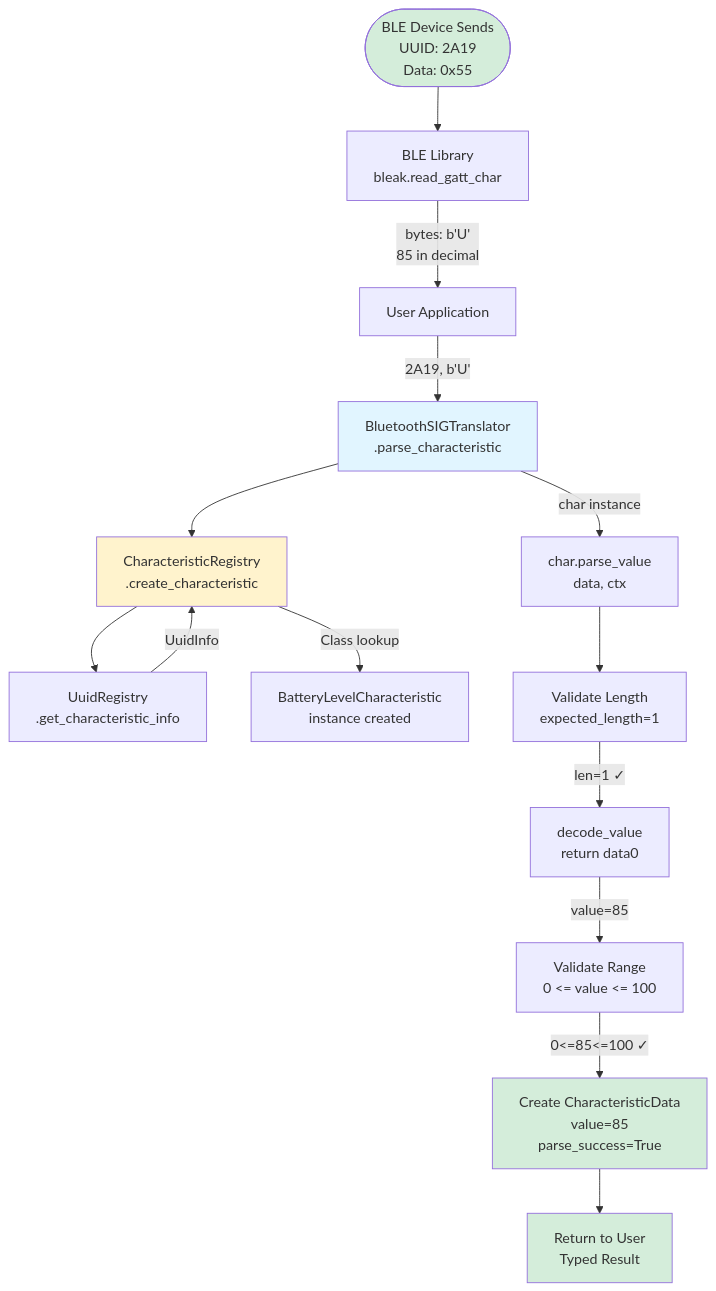
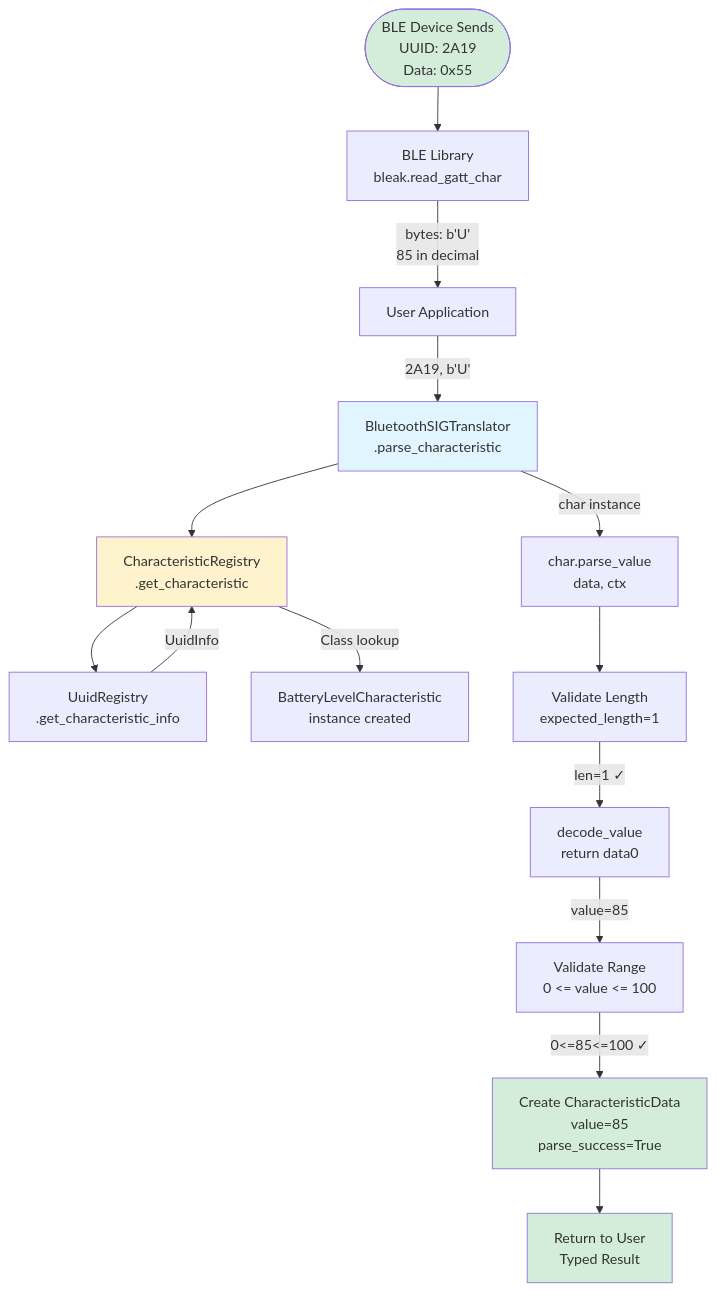
One commit to RonanB96/bluetooth-sig-python changed the second of 5 diagrams in docs/source/explanation/architecture/internals.md. Above: the diagram before and after it, drawn with Mermaid. The commit also changed other lines of this file and 117 other files, not shown here.

````diff
--- a/docs/source/explanation/architecture/internals.md
+++ b/docs/source/explanation/architecture/internals.md
@@ -39,48 +39,48 @@
 ```mermaid
 flowchart TD
     Start([BLE Device Sends<br/>UUID: 2A19<br/>Data: 0x55])
 
     BLELib[BLE Library<br/>bleak.read_gatt_char]
     UserCode[User Application]
 
     Trans[BluetoothSIGTranslator<br/>.parse_characteristic]
 
-    CharReg[CharacteristicRegistry<br/>.create_characteristic]
+    CharReg[CharacteristicRegistry<br/>.get_characteristic]
     UuidReg[UuidRegistry<br/>.get_characteristic_info]
 
     InstChar[BatteryLevelCharacteristic<br/>instance created]
 
     ParseVal[char.parse_value<br/>data, ctx]
 
     ValidLen[Validate Length<br/>expected_length=1]
     Decode[decode_value<br/>return data0]
     ValidRange[Validate Range<br/>0 <= value <= 100]
 
     CreateResult[Create CharacteristicData<br/>value=85<br/>parse_success=True]
 
     ReturnUser[Return to User<br/>Typed Result]
 
     Start --> BLELib
     BLELib -->|bytes: b'U'<br/>85 in decimal| UserCode
     UserCode -->|"2A19", b'U'| Trans
 
     Trans --> CharReg
     CharReg --> UuidReg
     UuidReg -->|UuidInfo| CharReg
     CharReg -->|Class lookup| InstChar
 
     Trans -->|char instance| ParseVal
 
     ParseVal --> ValidLen
     ValidLen -->|len=1 ✓| Decode
     Decode -->|value=85| ValidRange
     ValidRange -->|0<=85<=100 ✓| CreateResult
 
     CreateResult --> ReturnUser
 
     style Start fill:#d4edda
     style Trans fill:#e1f5ff
     style CharReg fill:#fff3cd
     style CreateResult fill:#d4edda
     style ReturnUser fill:#d4edda
 ```
````
